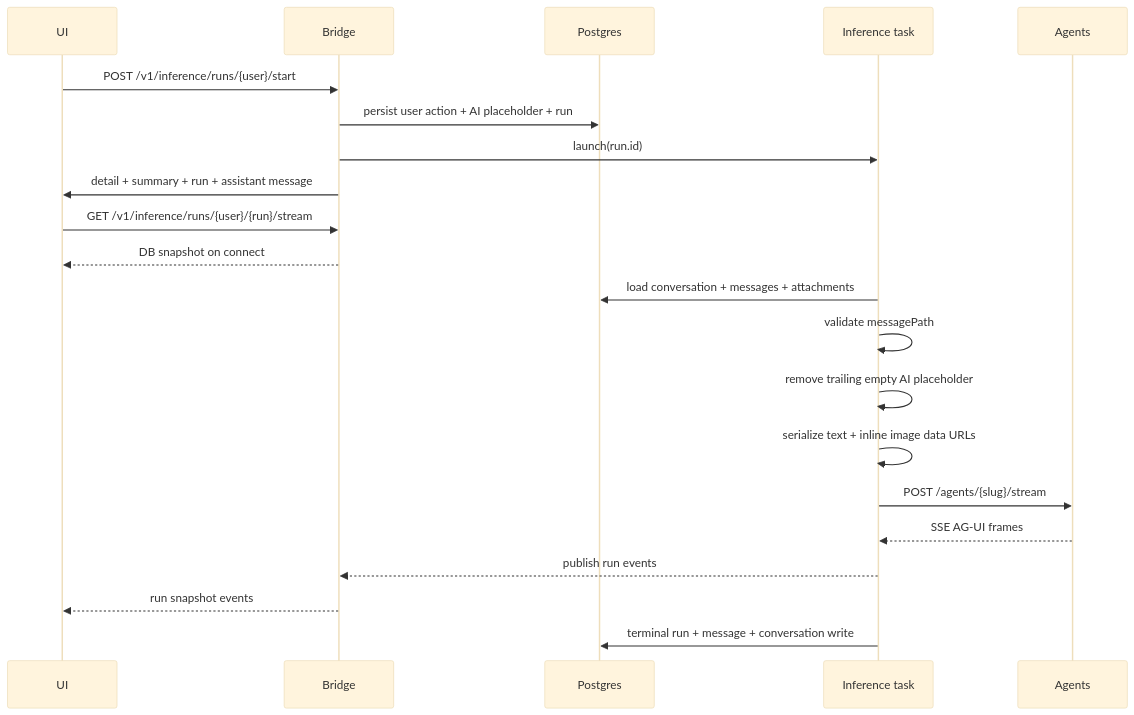
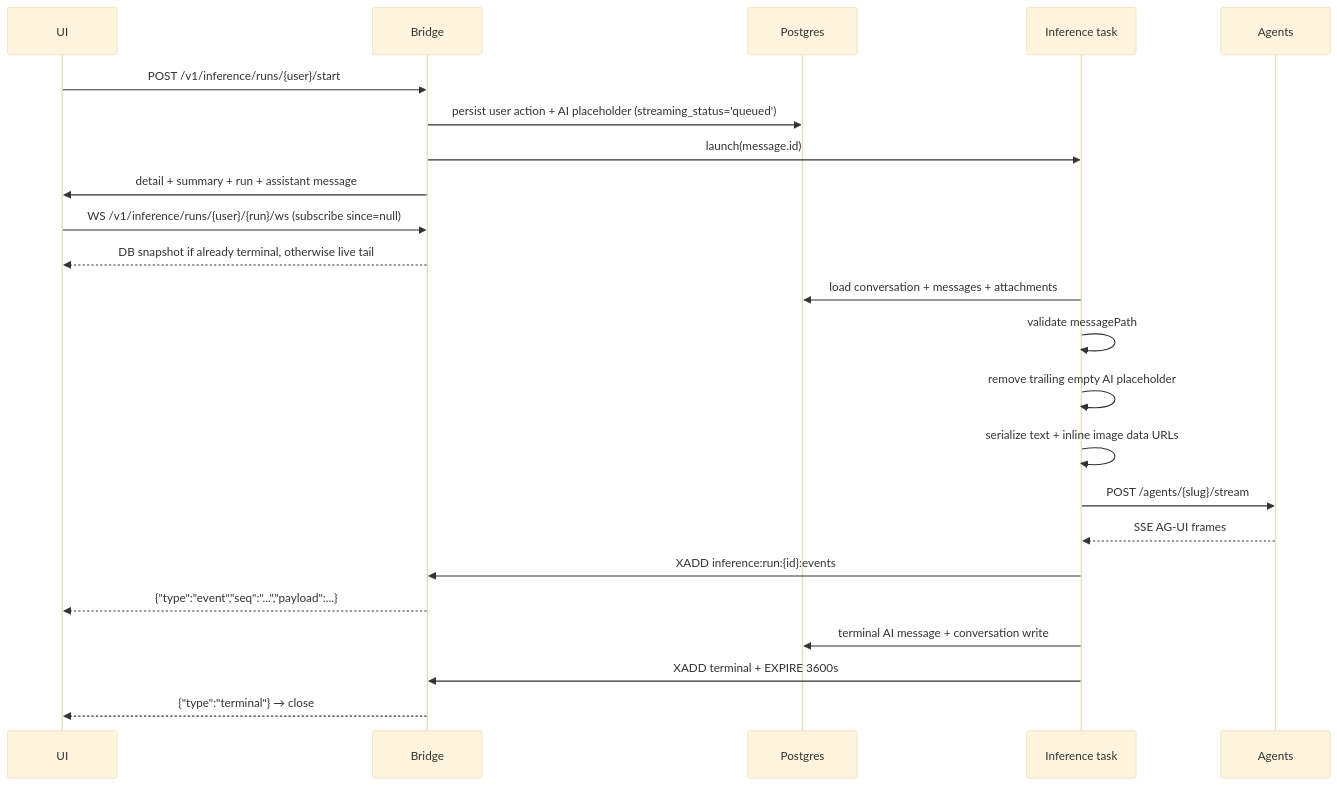
Before and after one commit to konstantinosmpouros/mAgenticX: the sixth of 7 diagrams in src/dialogue_bridge/README.md, drawn with Mermaid (base theme). The commit also changed other lines of this file and 26 other files, not shown here.

Commit message:
Migrate inference streaming to WebSocket + Redis

````diff
--- a/src/dialogue_bridge/README.md
+++ b/src/dialogue_bridge/README.md
@@ -300,24 +297,26 @@
 ```mermaid
 sequenceDiagram
     participant UI
     participant Bridge
     participant DB as Postgres
     participant Task as Inference task
     participant Agents
 
     UI->>Bridge: POST /v1/inference/runs/{user}/start
-    Bridge->>DB: persist user action + AI placeholder + run
-    Bridge->>Task: launch(run.id)
+    Bridge->>DB: persist user action + AI placeholder (streaming_status='queued')
+    Bridge->>Task: launch(message.id)
     Bridge->>UI: detail + summary + run + assistant message
-    UI->>Bridge: GET /v1/inference/runs/{user}/{run}/stream
-    Bridge-->>UI: DB snapshot on connect
+    UI->>Bridge: WS /v1/inference/runs/{user}/{run}/ws (subscribe since=null)
+    Bridge-->>UI: DB snapshot if already terminal, otherwise live tail
     Task->>DB: load conversation + messages + attachments
     Task->>Task: validate messagePath
     Task->>Task: remove trailing empty AI placeholder
     Task->>Task: serialize text + inline image data URLs
     Task->>Agents: POST /agents/{slug}/stream
     Agents-->>Task: SSE AG-UI frames
-    Task-->>Bridge: publish run events
-    Bridge-->>UI: run snapshot events
-    Task->>DB: terminal run + message + conversation write
+    Task->>Bridge: XADD inference:run:{id}:events
+    Bridge-->>UI: {"type":"event","seq":"...","payload":...}
+    Task->>DB: terminal AI message + conversation write
+    Task->>Bridge: XADD terminal + EXPIRE 3600s
+    Bridge-->>UI: {"type":"terminal"} → close
 ```
````
